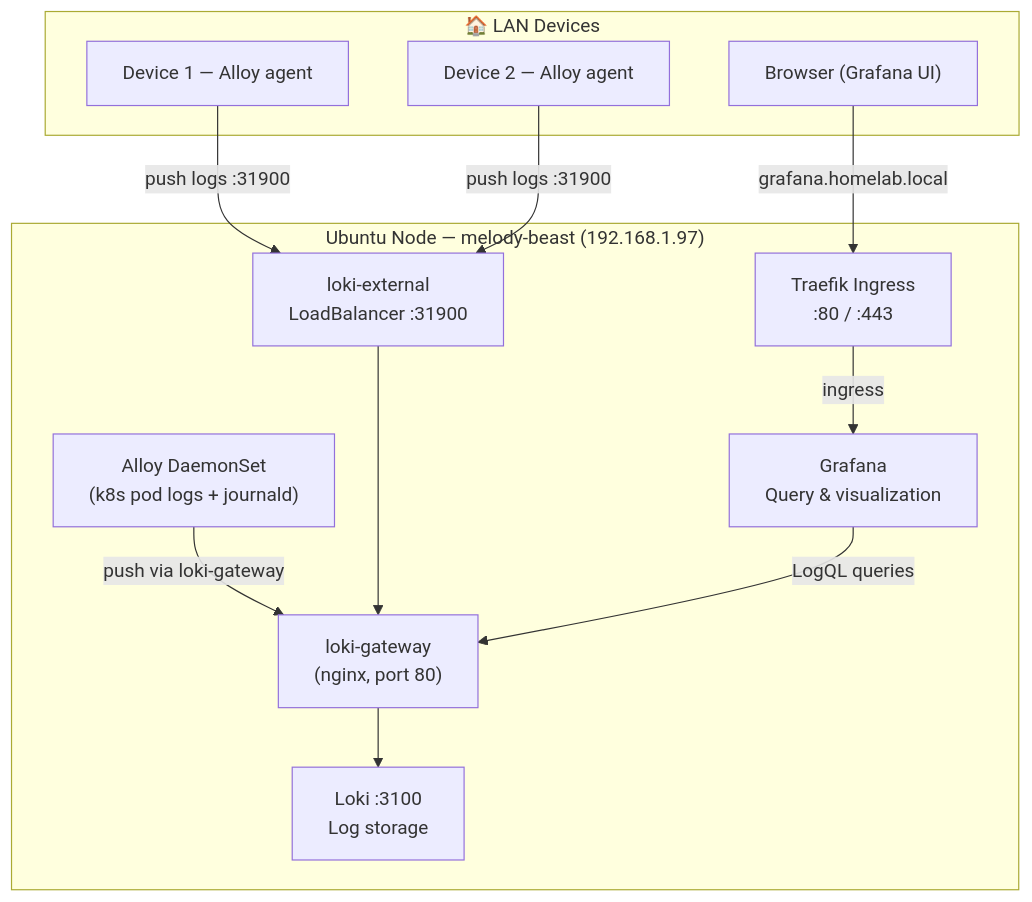
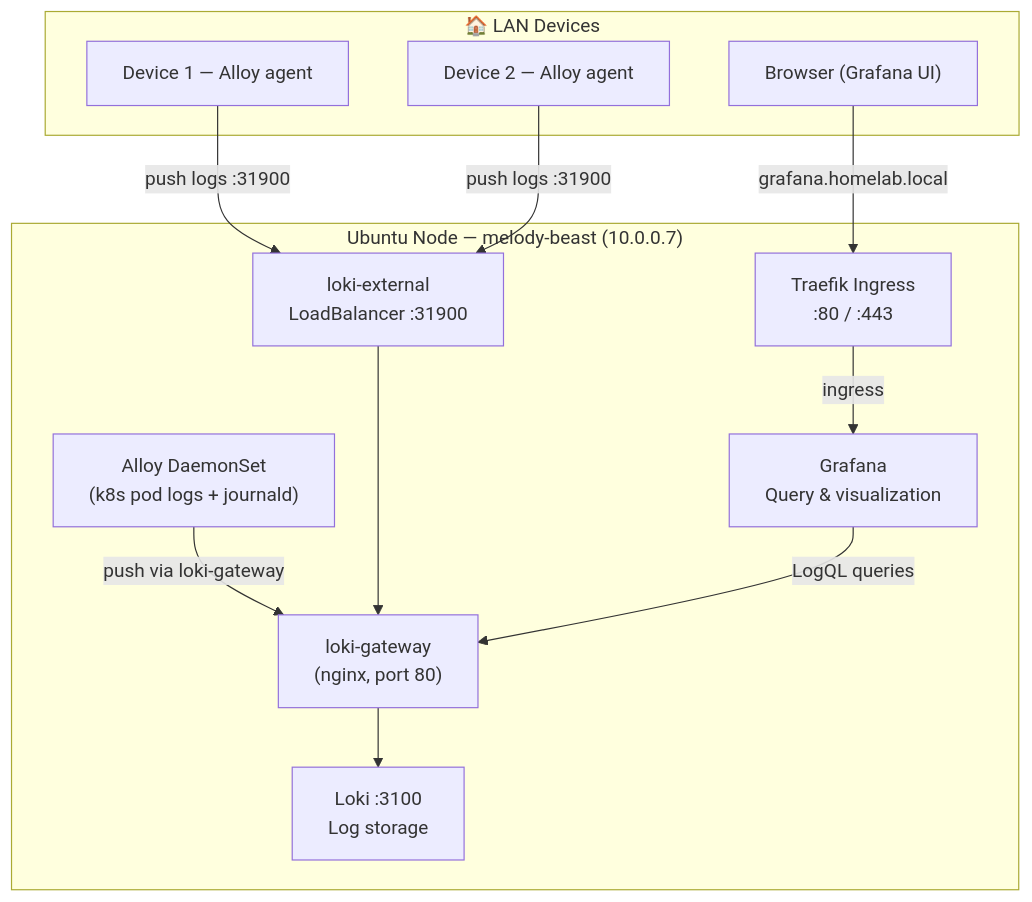
The diagram in Projects/Homelab/Logging.md (sandeep15390/obsidian-vault), drawn with Mermaid before and after one commit. The commit also changed other lines of this file and 5 other files, not shown here.

````diff
--- a/Projects/Homelab/Logging.md
+++ b/Projects/Homelab/Logging.md
@@ -32,26 +32,26 @@
 ```mermaid
 graph TD
-    subgraph K8s["Ubuntu Node — melody-beast (192.168.1.97)"]
+    subgraph K8s["Ubuntu Node — melody-beast (10.0.0.7)"]
         Alloy["Alloy DaemonSet\n(k8s pod logs + journald)"]
         LokiGW["loki-gateway\n(nginx, port 80)"]
         Loki["Loki :3100\nLog storage"]
         Grafana["Grafana\nQuery & visualization"]
         Traefik["Traefik Ingress\n:80 / :443"]
         LokiExt["loki-external\nLoadBalancer :31900"]
     end
 
     subgraph LAN["🏠 LAN Devices"]
         D1["Device 1 — Alloy agent"]
         D2["Device 2 — Alloy agent"]
         Browser["Browser (Grafana UI)"]
     end
 
     Alloy -->|push via loki-gateway| LokiGW
     LokiGW --> Loki
     D1 -->|push logs :31900| LokiExt
     D2 -->|push logs :31900| LokiExt
     LokiExt --> LokiGW
     Grafana -->|LogQL queries| LokiGW
     Traefik -->|ingress| Grafana
     Browser -->|grafana.homelab.local| Traefik
 ```
````
